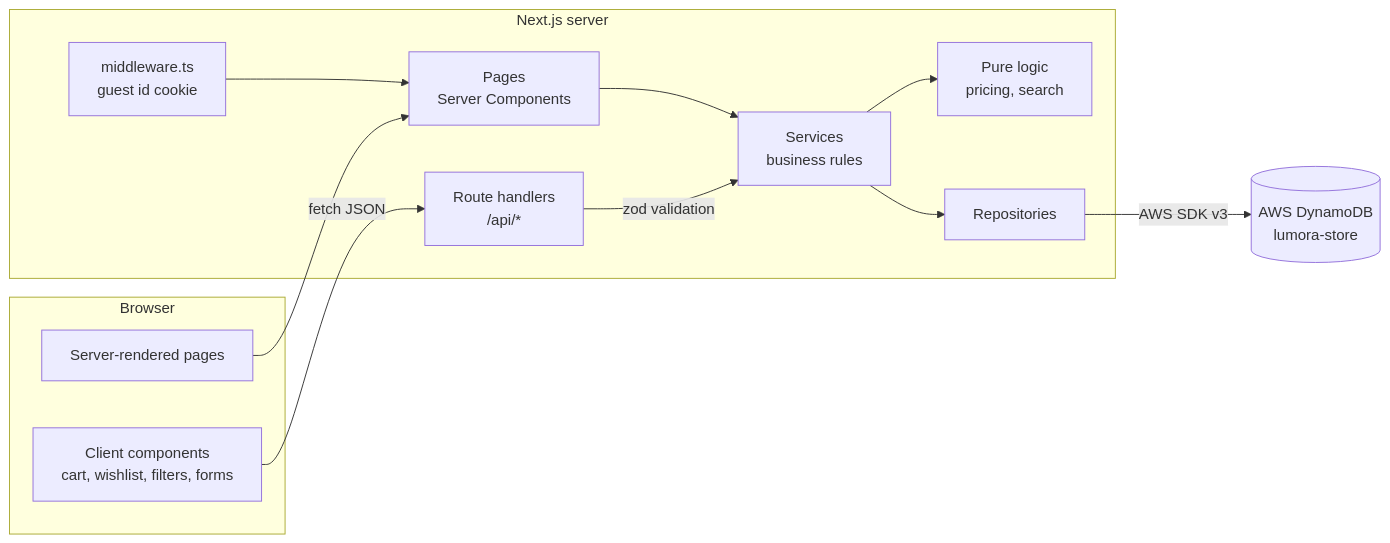
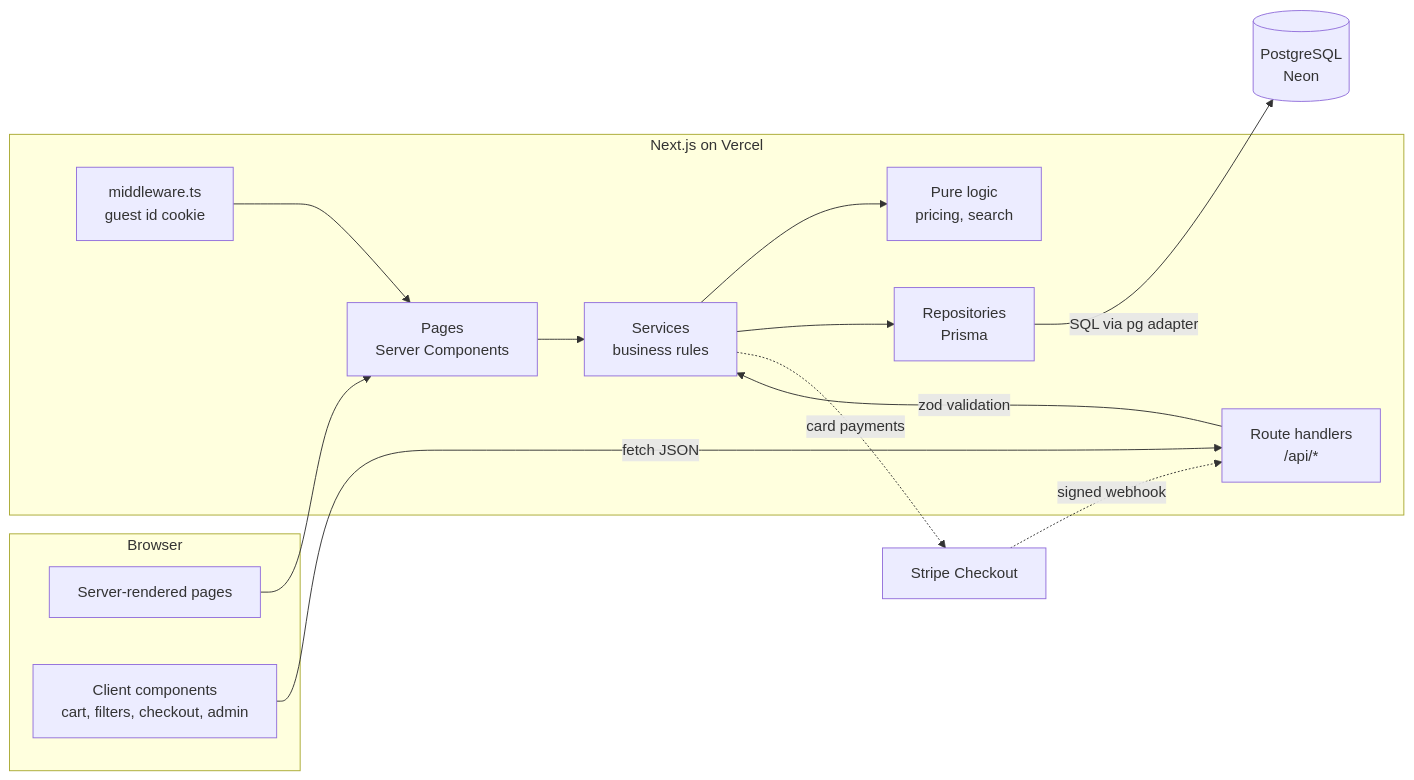
Before and after one commit to mash-yk/goCart: the diagram in README.md, drawn with Mermaid. The commit also changed other lines of this file and 28 other files, not shown here.

Commit message:
Update README, database docs and screenshots for PostgreSQL

````diff
--- a/README.md
+++ b/README.md
@@ -140,25 +165,28 @@
 ```mermaid
 flowchart LR
   subgraph Browser
     RSC[Server-rendered pages]
-    CC[Client components<br/>cart, wishlist, filters, forms]
+    CC[Client components<br/>cart, filters, checkout, admin]
   end
-  subgraph "Next.js server"
+  subgraph "Next.js on Vercel"
     MW[middleware.ts<br/>guest id cookie]
     PG[Pages<br/>Server Components]
     API[Route handlers<br/>/api/*]
     SVC[Services<br/>business rules]
     BIZ[Pure logic<br/>pricing, search]
-    REPO[Repositories]
+    REPO[Repositories<br/>Prisma]
   end
-  DDB[(AWS DynamoDB<br/>lumora-store)]
+  DB[(PostgreSQL<br/>Neon)]
+  STRIPE[Stripe Checkout]
 
   CC -- fetch JSON --> API
   RSC --> PG
   MW --> PG
   PG --> SVC
   API -- zod validation --> SVC
   SVC --> BIZ
   SVC --> REPO
-  REPO -- AWS SDK v3 --> DDB
+  REPO -- SQL via pg adapter --> DB
+  SVC -. card payments .-> STRIPE
+  STRIPE -. signed webhook .-> API
 ```
````
